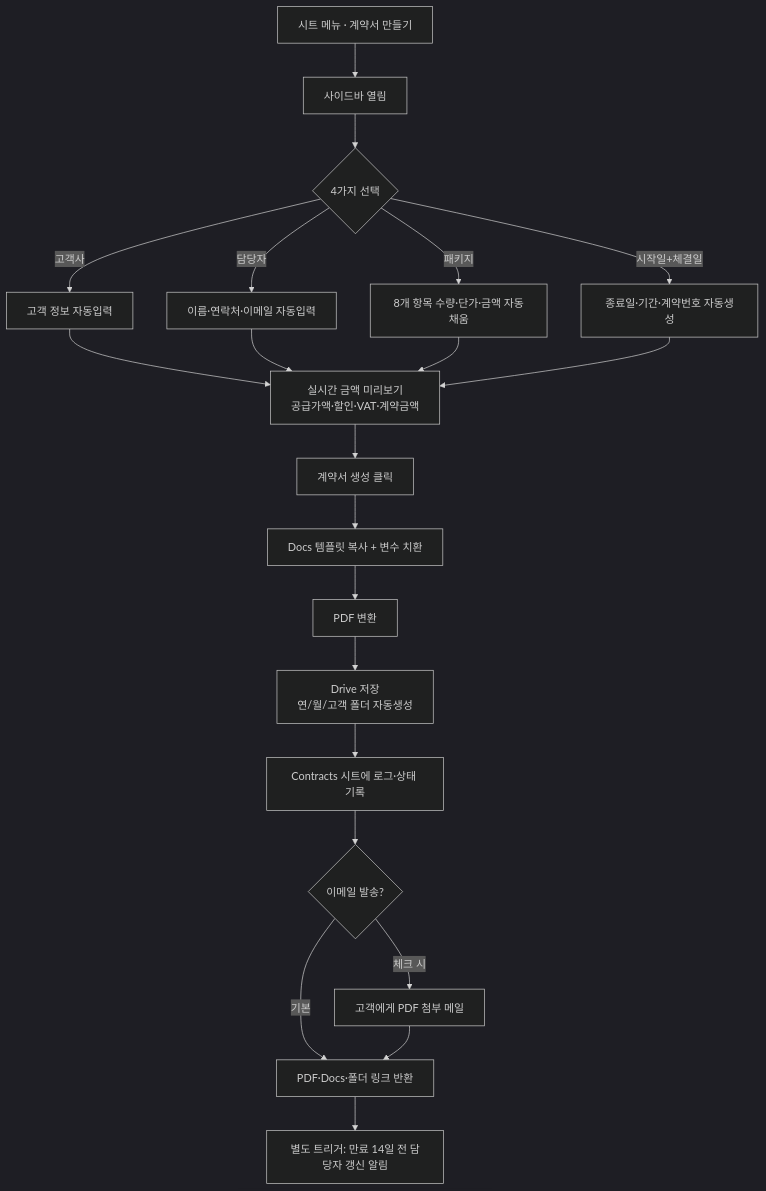
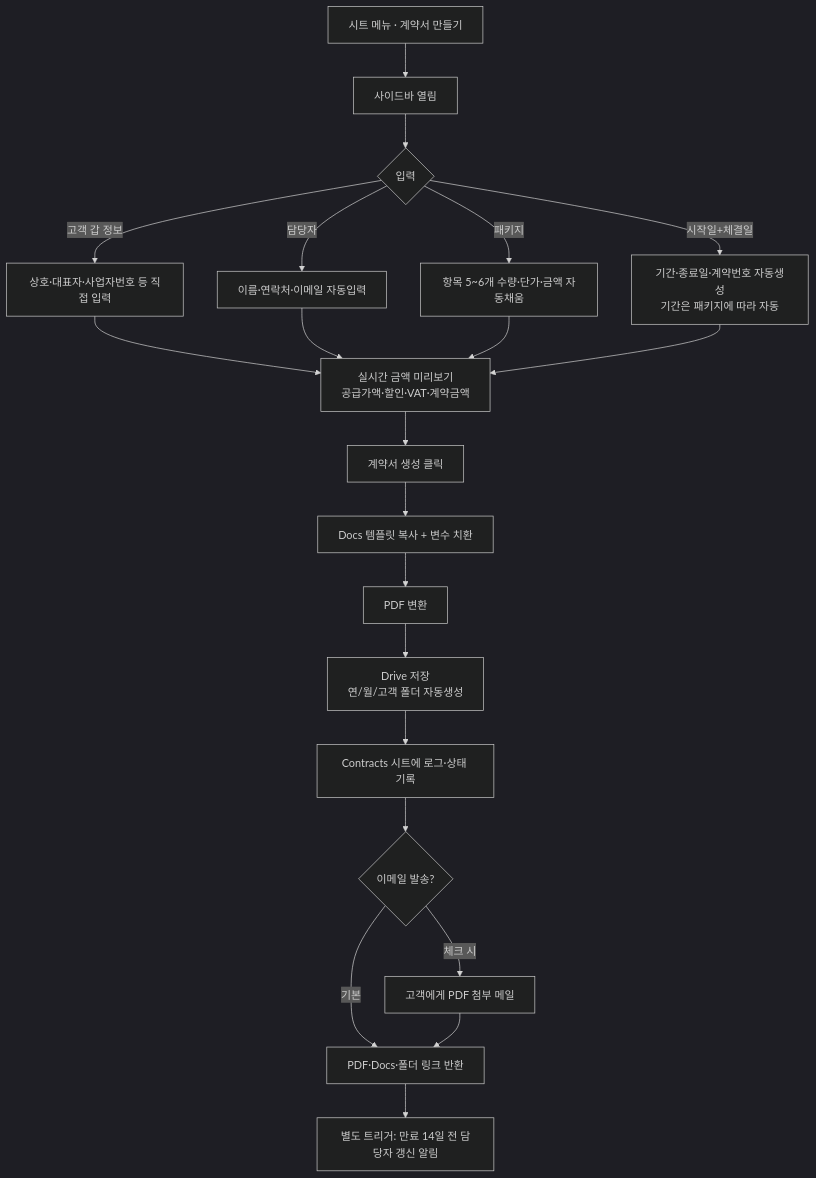
The diagram in contract-automation/docs/01_설계서.md (k61667-wq/-), drawn with Mermaid (dark theme) before and after one commit. The commit also changed other lines of this file and 2 other files, not shown here.

Commit message:
고객사 DB 불러오기 · 계약기간(개월) · 계약종료일 입력 제거
- 고객사 드롭다운(DB 불러오기) 삭제 → 고객(갑) 정보는 직접 입력만
- '계약 기간(개월)'·'계약 종료일' 입력란 삭제 → 선택한 패키지 기간으로
  종료일·계약기간 자동 산정
- 계약번호 접미사를 상호명 기반 4자리로 변경(고객 id 의존 제거)
- Apps Script 사이드바도 동일하게 정리(고객 드롭다운·months 입력 제거)
- 설계서 워크플로우/UX 문구 갱신

Claude-Session: https://claude.ai/code/session_01Ho5xih5mbwY7xaaaAFdNwu

````diff
--- a/contract-automation/docs/01_설계서.md
+++ b/contract-automation/docs/01_설계서.md
@@ -29,20 +29,20 @@
 ```mermaid
 flowchart TD
     A[시트 메뉴 · 계약서 만들기] --> B[사이드바 열림]
-    B --> C{4가지 선택}
-    C -->|고객사| C1[고객 정보 자동입력]
+    B --> C{입력}
+    C -->|고객 갑 정보| C1[상호·대표자·사업자번호 등 직접 입력]
     C -->|담당자| C2[이름·연락처·이메일 자동입력]
-    C -->|패키지| C3[8개 항목 수량·단가·금액 자동채움]
-    C -->|시작일+체결일| C4[종료일·기간·계약번호 자동생성]
+    C -->|패키지| C3[항목 5~6개 수량·단가·금액 자동채움]
+    C -->|시작일+체결일| C4[기간·종료일·계약번호 자동생성<br/>기간은 패키지에 따라 자동]
     C1 & C2 & C3 & C4 --> D[실시간 금액 미리보기<br/>공급가액·할인·VAT·계약금액]
     D --> E[계약서 생성 클릭]
     E --> F[Docs 템플릿 복사 + 변수 치환]
     F --> G[PDF 변환]
     G --> H[Drive 저장<br/>연/월/고객 폴더 자동생성]
     H --> I[Contracts 시트에 로그·상태 기록]
     I --> J{이메일 발송?}
     J -->|체크 시| K[고객에게 PDF 첨부 메일]
     J -->|기본| L[PDF·Docs·폴더 링크 반환]
     K --> L
     L --> M[별도 트리거: 만료 14일 전 담당자 갱신 알림]
 ```
````
